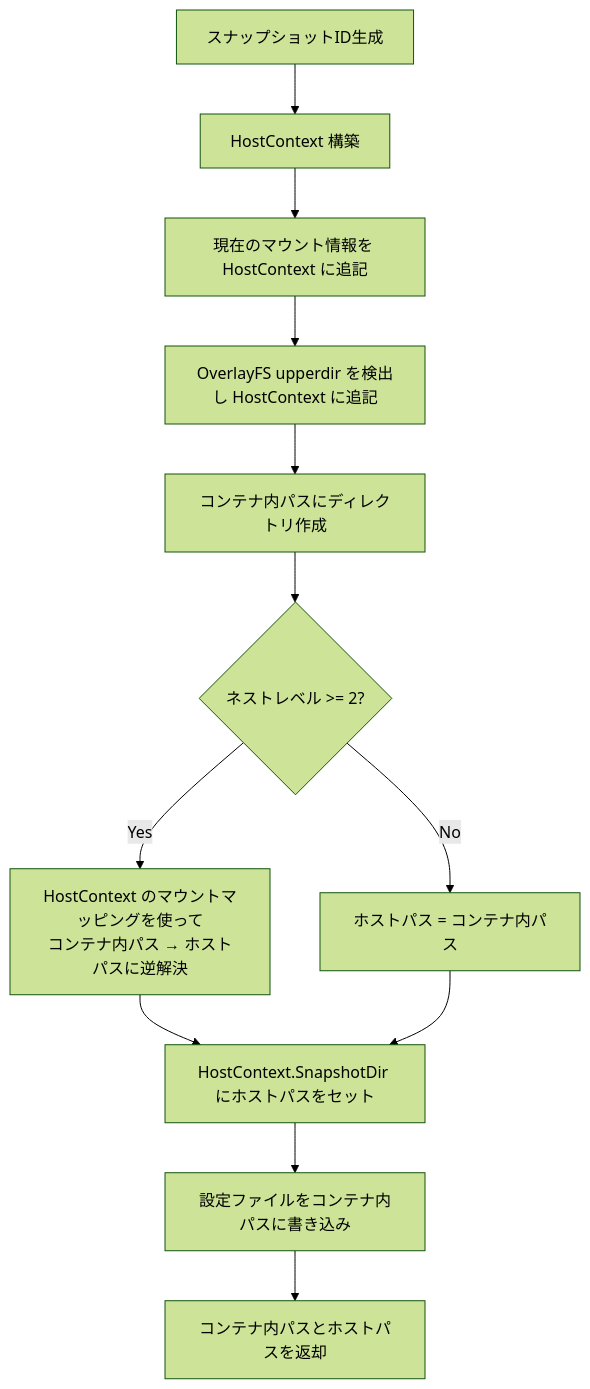
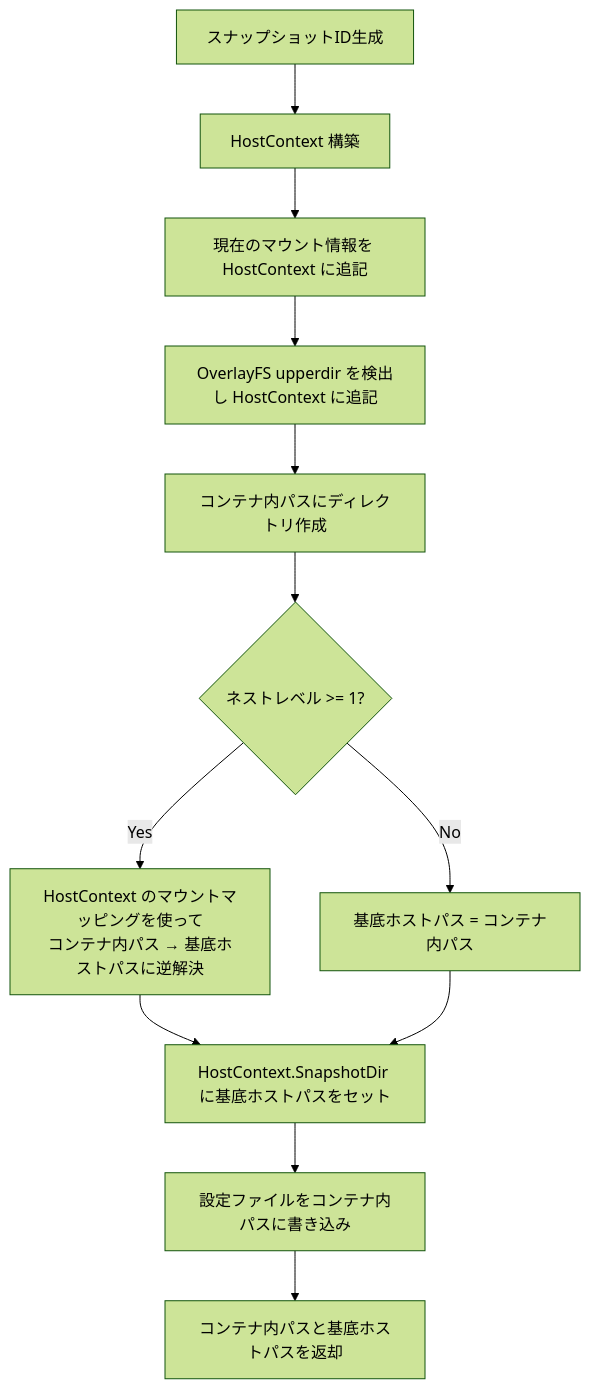
One commit to Tei1988/cderun changed the diagram in docs/features/nested-execution.md. Above: the diagram before and after it, drawn with Mermaid (forest theme). The commit also changed other lines of this file and 7 other files, not shown here.

````diff
--- a/docs/features/nested-execution.md
+++ b/docs/features/nested-execution.md
@@ -41,14 +41,14 @@
 ```mermaid
 flowchart TD
     A[スナップショットID生成] --> B[HostContext 構築]
     B --> C[現在のマウント情報を HostContext に追記]
     C --> D[OverlayFS upperdir を検出し HostContext に追記]
     D --> E[コンテナ内パスにディレクトリ作成]
-    E --> F{ネストレベル >= 2?}
-    F -- Yes --> G[HostContext のマウントマッピングを使って\nコンテナ内パス → ホストパスに逆解決]
-    F -- No --> H[ホストパス = コンテナ内パス]
-    G --> I[HostContext.SnapshotDir にホストパスをセット]
+    E --> F{ネストレベル >= 1?}
+    F -- Yes --> G[HostContext のマウントマッピングを使って\nコンテナ内パス → 基底ホストパスに逆解決]
+    F -- No --> H[基底ホストパス = コンテナ内パス]
+    G --> I[HostContext.SnapshotDir に基底ホストパスをセット]
     H --> I
     I --> J[設定ファイルをコンテナ内パスに書き込み]
-    J --> K[コンテナ内パスとホストパスを返却]
+    J --> K[コンテナ内パスと基底ホストパスを返却]
 ```
````
